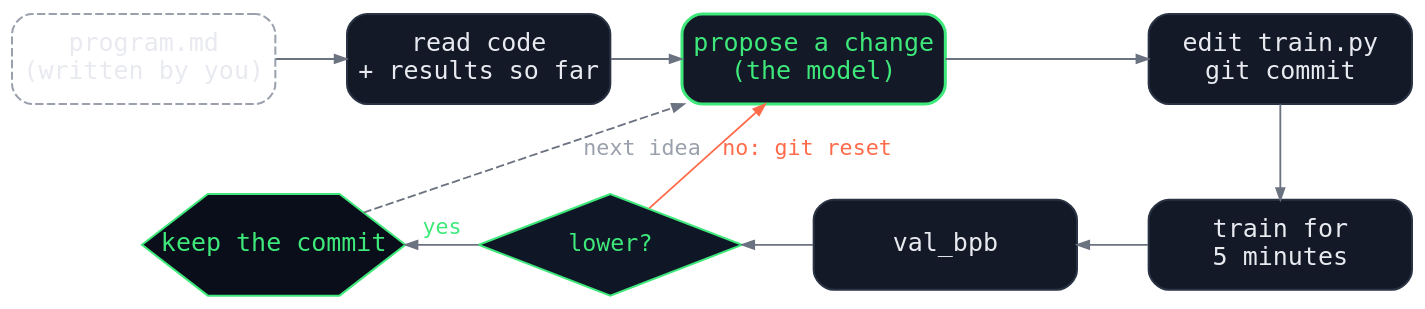
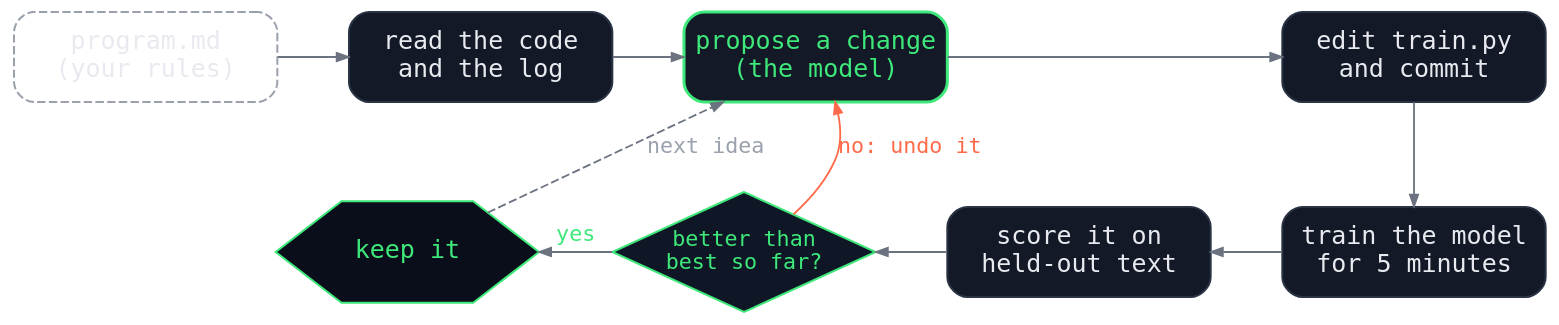
The diagram in src/posts/ai-scientist/autoresearch-loop.dot (marketneutral/marketneutral.github.io), drawn with Graphviz before and after one commit. The commit also changed 2 other files, not shown here.

Commit message:
Clarify the autoresearch loop diagram and explain val_bpb
Claude-Session: https://claude.ai/code/session_01Max3RMphtE2c6Ae5fz2Jar

```diff
--- a/src/posts/ai-scientist/autoresearch-loop.dot
+++ b/src/posts/ai-scientist/autoresearch-loop.dot
@@ -1,49 +1,49 @@
 // Source for autoresearch-loop.svg. Re-render with:
 //   dot -Tsvg autoresearch-loop.dot -o autoresearch-loop.svg
 // Deliberately mirrors scientific-method.dot: the same two-row layout, with
 // each step relabelled as the step autoresearch runs in its place.
 digraph autoresearch {
   rankdir=TB;
   bgcolor="transparent";
   pad=0.25;
   nodesep=0.30;
   ranksep=0.55;
   fontname="IBM Plex Mono, Menlo, DejaVu Sans Mono, monospace";
   node [shape=box, style="rounded,filled", fillcolor="#131927", color="#2a3344",
         fontcolor="#e8eaf0", fontname="IBM Plex Mono, Menlo, DejaVu Sans Mono, monospace",
         fontsize=15, margin="0.10,0.14", penwidth=1.2, width=2.2, height=0.75, fixedsize=true];
   edge [color="#6b7280", arrowsize=0.7, penwidth=1.1,
         fontname="IBM Plex Mono, Menlo, DejaVu Sans Mono, monospace",
         fontsize=13, fontcolor="#9aa1ad"];
 
   { rank=same; PM; READ; H; P; }
   { rank=same; T; D; R; X; }
 
   // top row, left to right
   PM -> READ [constraint=false];
   READ -> H [constraint=false];
   H -> P [constraint=false];
 
   // carriage return
   P -> X;
 
   // bottom row, right to left
   X -> R [constraint=false];
   R -> D [constraint=false];
   D -> T [constraint=false, label="yes", fontcolor="#3ee87a"];
 
   // feedback
   T -> H [style=dashed, label="next idea", constraint=false, fontcolor="#9aa1ad"];
-  D -> H [label="no: git reset", constraint=false, color="#ff6b4a", fontcolor="#ff6b4a"];
+  D -> H [label="no: undo it", constraint=false, color="#ff6b4a", fontcolor="#ff6b4a"];
 
-  PM   [label="program.md\n(written by you)", style="rounded,dashed", color="#9aa1ad"];
-  READ [label="read code\n+ results so far"];
+  PM   [label="program.md\n(your rules)", style="rounded,dashed", color="#9aa1ad"];
+  READ [label="read the code\nand the log"];
   H    [label="propose a change\n(the model)", color="#3ee87a", fontcolor="#3ee87a", penwidth=1.8];
-  P    [label="edit train.py\ngit commit"];
-  X    [label="train for\n5 minutes"];
-  R    [label="val_bpb"];
+  P    [label="edit train.py\nand commit"];
+  X    [label="train the model\nfor 5 minutes"];
+  R    [label="score it on\nheld-out text"];
   D    [shape=diamond, style="filled", fillcolor="#0f1726", color="#3ee87a",
-        fontcolor="#3ee87a", label="lower?", margin="0.04,0.02", fontsize=14, width=2.2, height=0.85, fixedsize=true];
-  T    [label="keep the commit", shape=hexagon, style="filled", fillcolor="#0a0e1a",
+        fontcolor="#3ee87a", label="better than\nbest so far?", margin="0.04,0.02", fontsize=13, width=2.2, height=1.0, fixedsize=true];
+  T    [label="keep it", shape=hexagon, style="filled", fillcolor="#0a0e1a",
         color="#3ee87a", fontcolor="#3ee87a", margin="0.04,0.02", width=2.2, height=0.85, fixedsize=true];
 }
```
